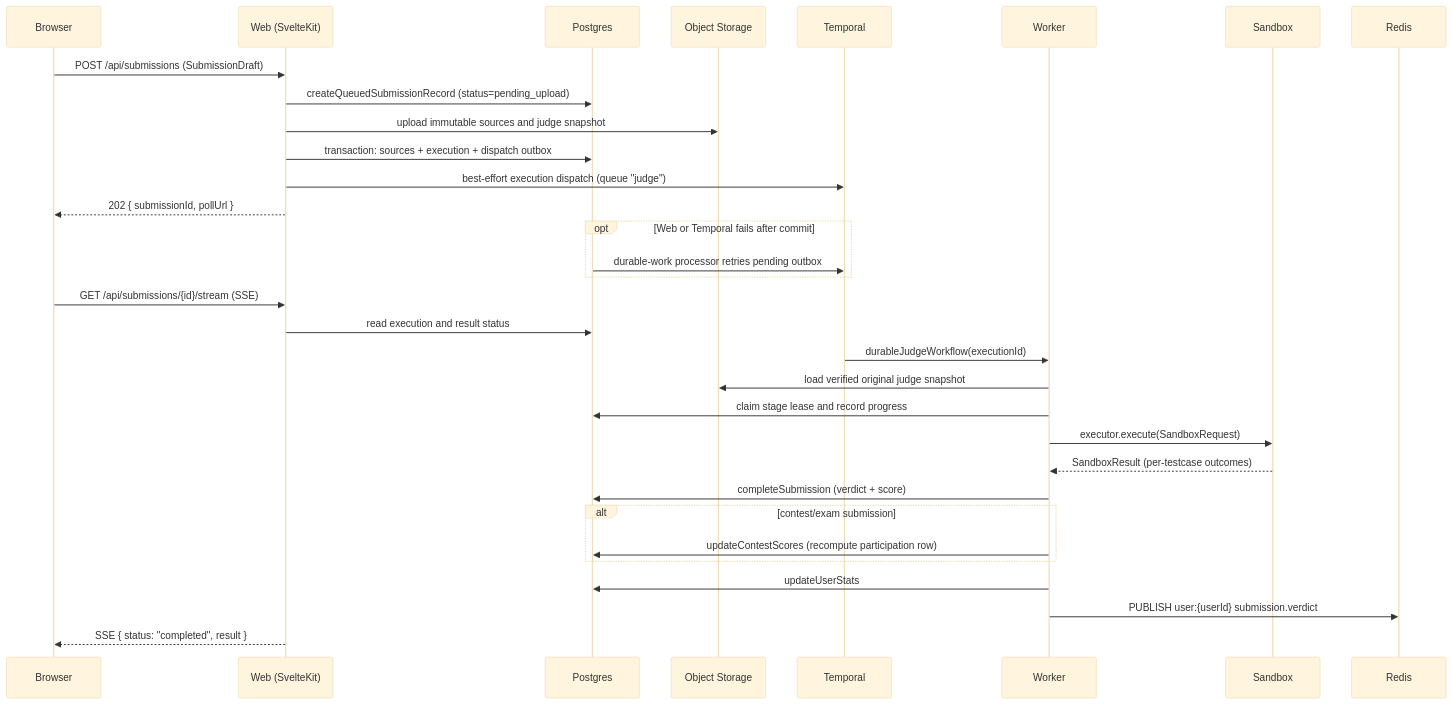
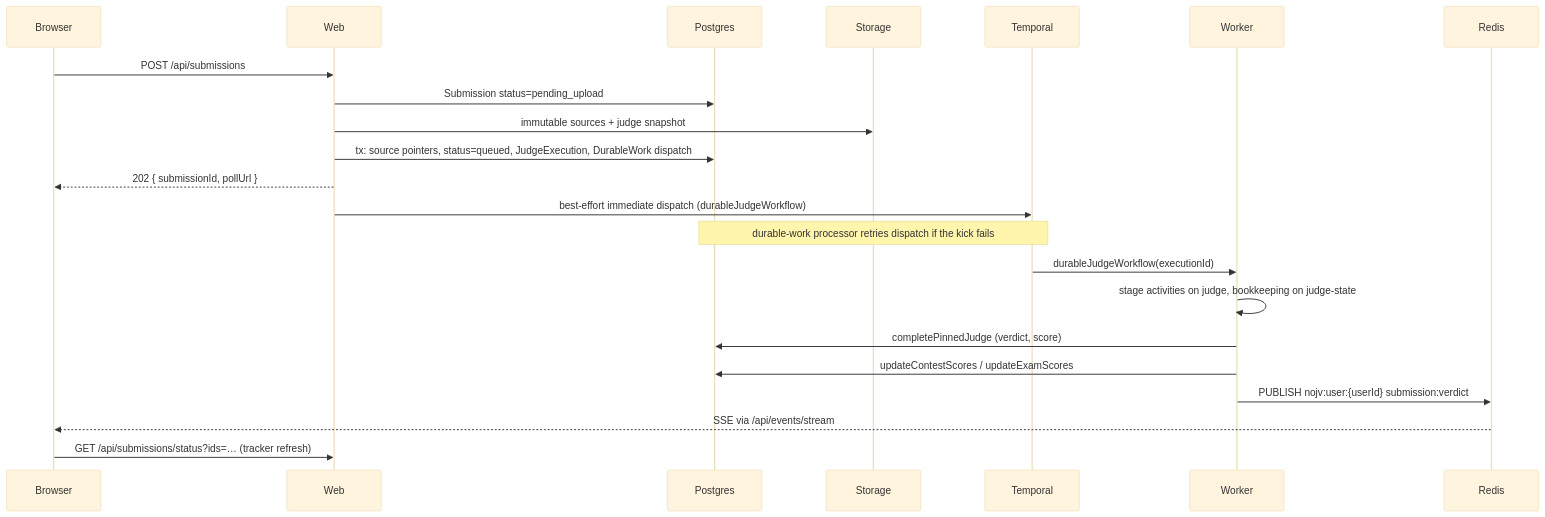
The diagram in docs/architecture/ARCHITECTURE.md (NOJV-TW/NOJV), drawn with Mermaid (base theme) before and after one commit. The commit also changed other lines of this file and 10 other files, not shown here.

First line of the commit message:
docs(architecture): rewrite system, database and Redis docs as current-state references

````diff
--- a/docs/architecture/ARCHITECTURE.md
+++ b/docs/architecture/ARCHITECTURE.md
@@ -377,40 +152,25 @@
 ```mermaid
 sequenceDiagram
     participant Browser
-    participant Web as Web (SvelteKit)
+    participant Web
     participant Postgres
-    participant Storage as Object Storage
+    participant Storage
     participant Temporal
     participant Worker
-    participant Sandbox
     participant Redis
 
-    Browser->>Web: POST /api/submissions (SubmissionDraft)
-    Web->>Postgres: createQueuedSubmissionRecord (status=pending_upload)
-    Web->>Storage: upload immutable sources and judge snapshot
-    Web->>Postgres: transaction: sources + execution + dispatch outbox
-    Web->>Temporal: best-effort execution dispatch (queue "judge")
+    Browser->>Web: POST /api/submissions
+    Web->>Postgres: Submission status=pending_upload
+    Web->>Storage: immutable sources + judge snapshot
+    Web->>Postgres: tx: source pointers, status=queued, JudgeExecution, DurableWork dispatch
     Web-->>Browser: 202 { submissionId, pollUrl }
-
-    opt Web or Temporal fails after commit
-        Postgres->>Temporal: durable-work processor retries pending outbox
-    end
-
-    Browser->>Web: GET /api/submissions/{id}/stream (SSE)
-    Web->>Postgres: read execution and result status
-
+    Web->>Temporal: best-effort immediate dispatch (durableJudgeWorkflow)
+    Note over Postgres,Temporal: durable-work processor retries dispatch if the kick fails
     Temporal->>Worker: durableJudgeWorkflow(executionId)
-    Worker->>Storage: load verified original judge snapshot
-    Worker->>Postgres: claim stage lease and record progress
-    Worker->>Sandbox: executor.execute(SandboxRequest)
-    Sandbox-->>Worker: SandboxResult (per-testcase outcomes)
-    Worker->>Postgres: completeSubmission (verdict + score)
-
-    alt contest/exam submission
-        Worker->>Postgres: updateContestScores (recompute participation row)
-    end
-
-    Worker->>Postgres: updateUserStats
-    Worker->>Redis: PUBLISH user:{userId} submission.verdict
-    Web-->>Browser: SSE { status: "completed", result }
+    Worker->>Worker: stage activities on judge, bookkeeping on judge-state
+    Worker->>Postgres: completePinnedJudge (verdict, score)
+    Worker->>Postgres: updateContestScores / updateExamScores
+    Worker->>Redis: PUBLISH nojv:user:{userId} submission:verdict
+    Redis-->>Browser: SSE via /api/events/stream
+    Browser->>Web: GET /api/submissions/status?ids=… (tracker refresh)
 ```
````
